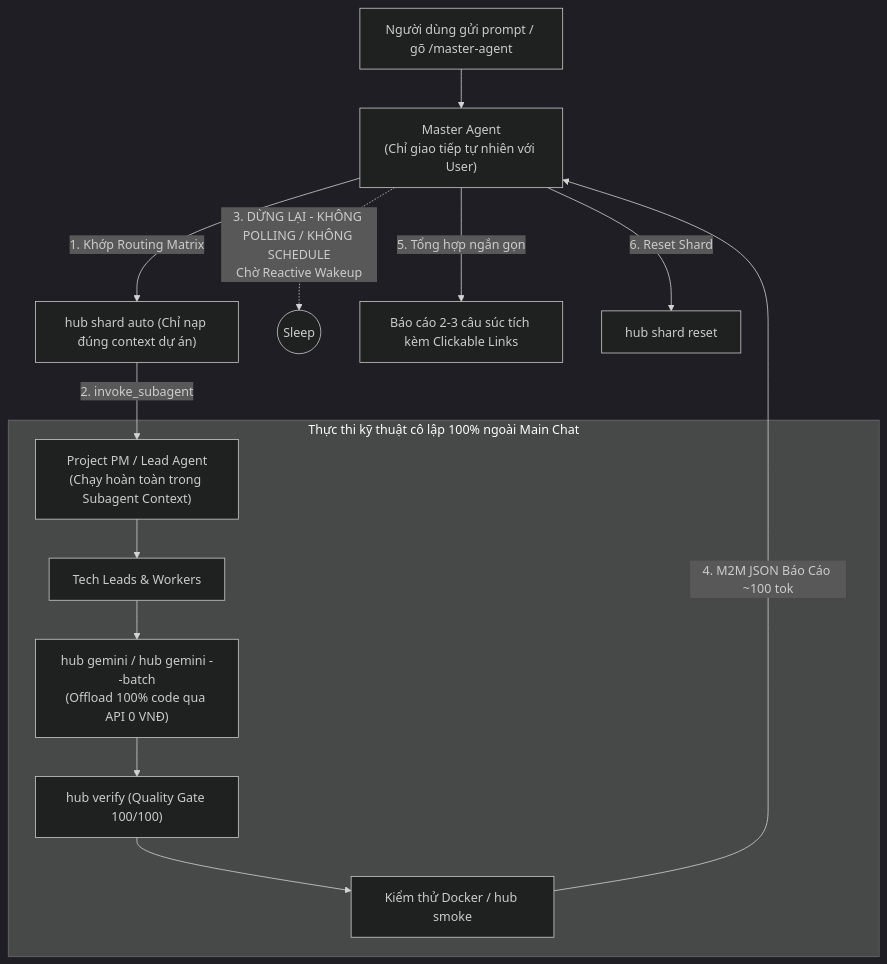
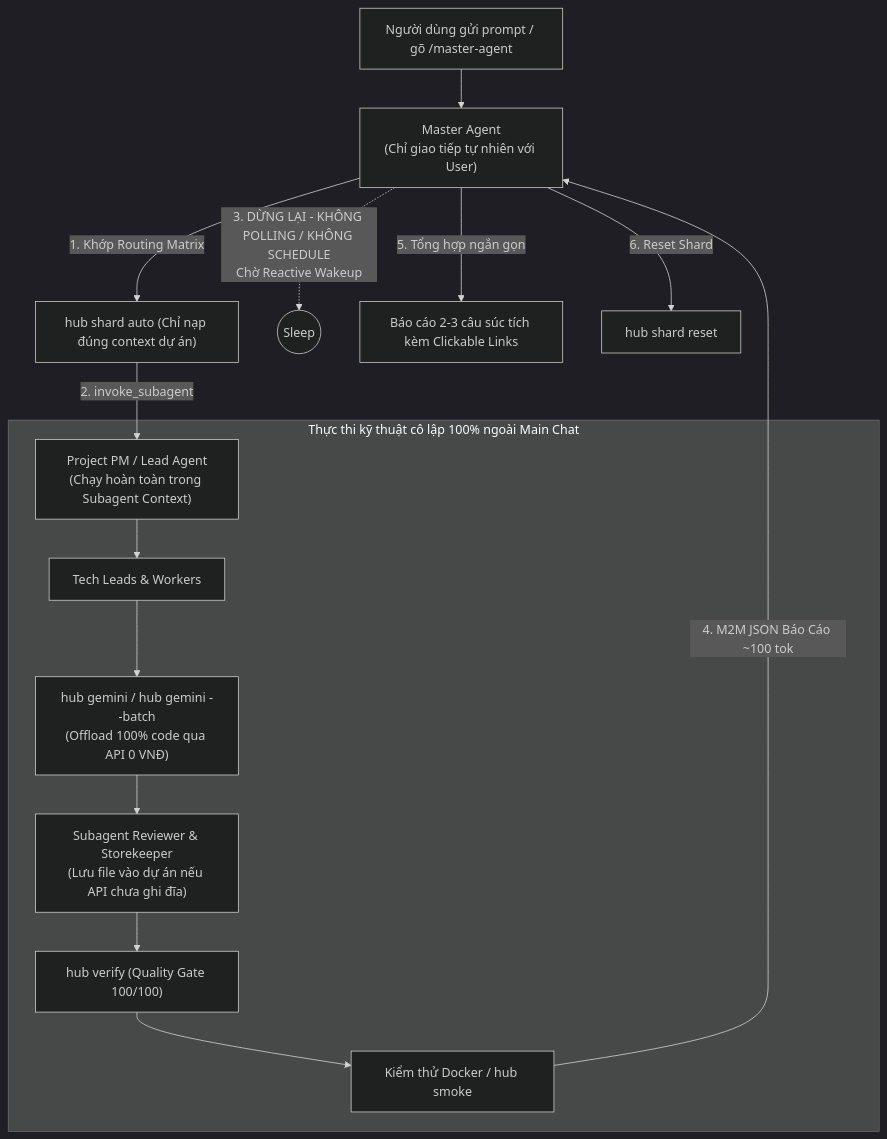
One commit to Dovernz/agent changed the diagram in common/skills/master-agent/references/m2m-dispatch.md. Above: the diagram before and after it, drawn with Mermaid (dark theme). The commit also changed 5 other files, not shown here.

Commit message:
feat(router): add robotics tier, auto-classifier, and enshrine subagent reviewer/storekeeper role (Rule 16)

````diff
--- a/common/skills/master-agent/references/m2m-dispatch.md
+++ b/common/skills/master-agent/references/m2m-dispatch.md
@@ -39,19 +39,20 @@
 ```mermaid
 flowchart TD
     User["Người dùng gửi prompt / gõ /master-agent"] --> Master["Master Agent<br/>(Chỉ giao tiếp tự nhiên với User)"]
     Master -->|1. Khớp Routing Matrix| Shard["hub shard auto (Chỉ nạp đúng context dự án)"]
     Shard -->|2. invoke_subagent| PM["Project PM / Lead Agent<br/>(Chạy hoàn toàn trong Subagent Context)"]
     
     Master -.->|3. DỪNG LẠI - KHÔNG POLLING / KHÔNG SCHEDULE<br/>Chờ Reactive Wakeup| Wait((Sleep))
     
     subgraph SubagentExecution ["Thực thi kỹ thuật cô lập 100% ngoài Main Chat"]
         PM --> Leads["Tech Leads & Workers"]
         Leads --> API["hub gemini / hub gemini --batch<br/>(Offload 100% code qua API 0 VNĐ)"]
-        API --> Verify["hub verify (Quality Gate 100/100)"]
+        API --> Reviewer["Subagent Reviewer & Storekeeper<br/>(Lưu file vào dự án nếu API chưa ghi đĩa)"]
+        Reviewer --> Verify["hub verify (Quality Gate 100/100)"]
         Verify --> Docker["Kiểm thử Docker / hub smoke"]
     end
     
     Docker -->|4. M2M JSON Báo Cáo ~100 tok| Master
     Master -->|5. Tổng hợp ngắn gọn| ReportUser["Báo cáo 2-3 câu súc tích kèm Clickable Links"]
     Master -->|6. Reset Shard| ResetCore["hub shard reset"]
 ```
````
